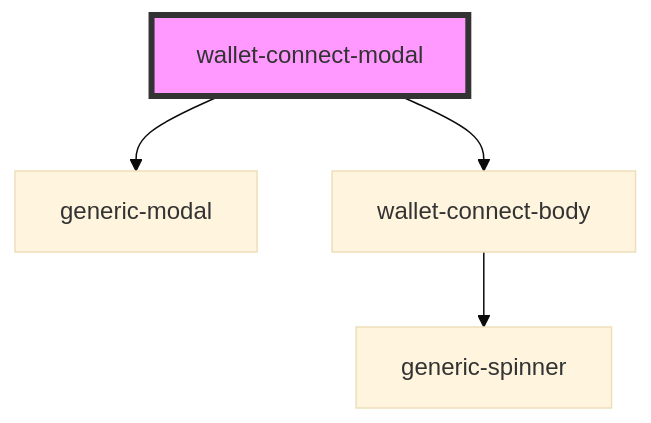
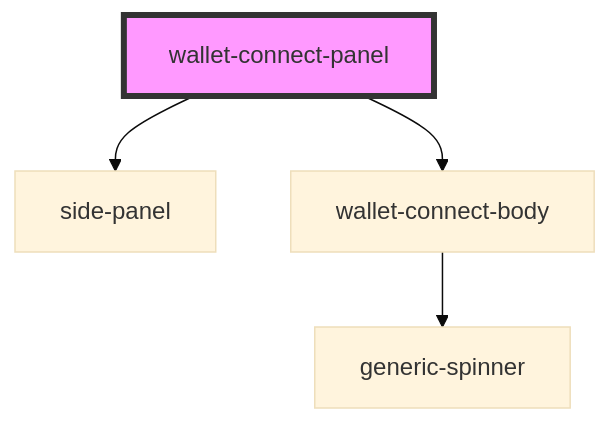
Before and after one commit to multiversx/mx-sdk-dapp-ui: the diagram in src/components/functional/wallet-connect-components/readme.md, drawn with Mermaid (base theme). The commit also changed other lines of this file and 92 other files, not shown here.

````diff
--- a/src/components/functional/wallet-connect-components/readme.md
+++ b/src/components/functional/wallet-connect-components/readme.md
@@ -34,7 +34,7 @@
 ```mermaid
 graph TD;
-  wallet-connect-modal --> generic-modal
-  wallet-connect-modal --> wallet-connect-body
+  wallet-connect-panel --> side-panel
+  wallet-connect-panel --> wallet-connect-body
   wallet-connect-body --> generic-spinner
-  style wallet-connect-modal fill:#f9f,stroke:#333,stroke-width:4px
+  style wallet-connect-panel fill:#f9f,stroke:#333,stroke-width:4px
 ```
````
